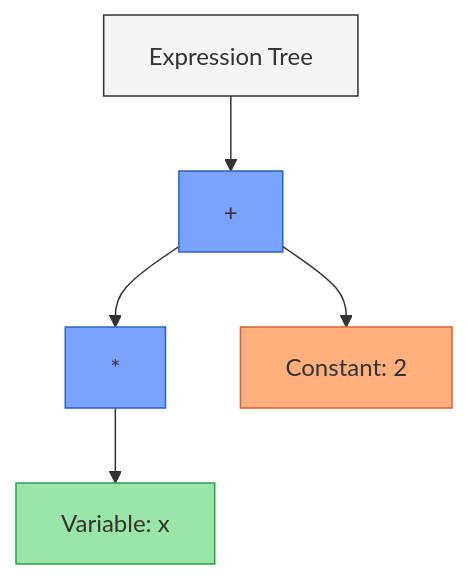
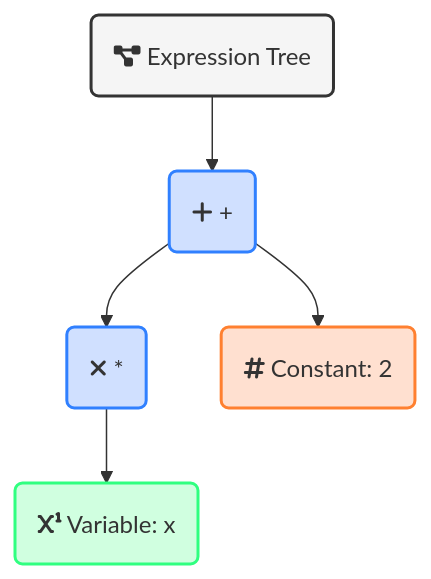
Before and after one commit to rdguerrerom/AutoDiff: the second of 5 diagrams in README.md, drawn with Mermaid. The commit also changed other lines of this file, not shown here.

````diff
--- a/README.md
+++ b/README.md
@@ -101,13 +119,22 @@
 ```mermaid
-flowchart TD
-    A["Expression Tree"] --> B["+"]
-    B --> C["*"]
-    B --> D["Constant: 2"]
-    C --> E["Variable: x"]
+graph TD
+    %% Nodes
+    A("fa:fa-project-diagram Expression Tree")
+    B("fa:fa-plus +")
+    C("fa:fa-times *")
+    D("fa:fa-hashtag Constant: 2")
+    E("fa:fa-superscript Variable: x")
     
-    style A fill:#f5f5f5,stroke:#333
-    style B fill:#78a3ff,stroke:#3060c0
-    style C fill:#78a3ff,stroke:#3060c0
-    style D fill:#ffb07c,stroke:#e06030
-    style E fill:#98e5a7,stroke:#30a050
+    %% Connections
+    A --> B
+    B --> C
+    B --> D
+    C --> E
+    
+    %% Styling
+    style A fill:#f5f5f5,stroke:#333,stroke-width:2px
+    style B fill:#d0e0ff,stroke:#3080ff,stroke-width:2px
+    style C fill:#d0e0ff,stroke:#3080ff,stroke-width:2px
+    style D fill:#ffe0d0,stroke:#ff8030,stroke-width:2px
+    style E fill:#d0ffe0,stroke:#30ff80,stroke-width:2px
 ```
````
